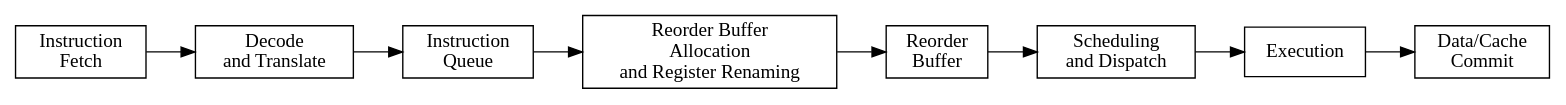
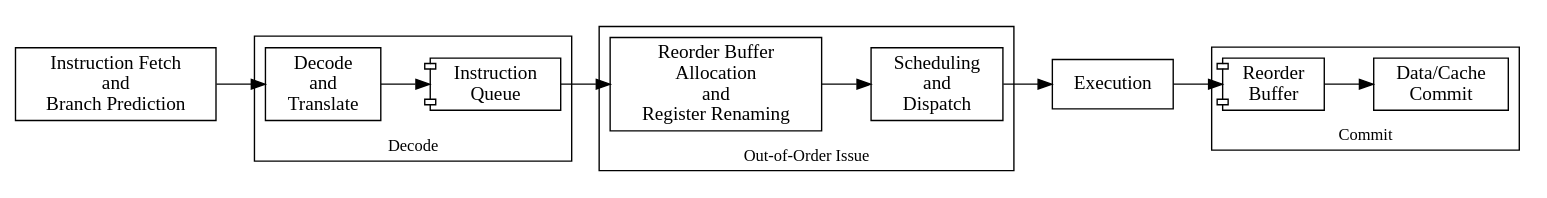
The diagram in docs/March_30/figures/pipeline.gv (mookerji/finalproject_6375), drawn with Graphviz before and after one commit. The commit also changed 5 other files, not shown here.

```diff
--- a/docs/March_30/figures/pipeline.gv
+++ b/docs/March_30/figures/pipeline.gv
@@ -1,14 +1,39 @@
 digraph pipeline {
     node [shape = box];
     rankdir = LR;
     fontsize = 12;
     overlap = false;
     
-    "Instruction\nFetch" -> "Decode\nand Translate";
-    "Decode\nand Translate" -> "Instruction\nQueue";
-    "Instruction\nQueue" -> "Reorder Buffer\nAllocation\nand Register Renaming";
-    "Reorder Buffer\nAllocation\nand Register Renaming" -> "Reorder\nBuffer";
-    "Reorder\nBuffer" -> "Scheduling\n and Dispatch";
-    "Scheduling\n and Dispatch" -> "Execution";
-    "Execution" -> "Data/Cache\nCommit";
+    "Instruction\nQueue" [shape = component];
+    "Reorder\nBuffer" [shape = component];
+    
+    subgraph cluster_0{
+    "Reorder\nBuffer"; 
+    "Data/Cache\nCommit";
+    label = "Commit";
+    labelloc = b;
+    }
+    
+    subgraph cluster_1{
+    "Reorder Buffer\nAllocation\nand\nRegister Renaming";
+    "Scheduling\n and\nDispatch";
+    label = "Out-of-Order Issue";
+    labelloc = b;
+    }
+    
+    subgraph cluster_2{
+    "Decode\nand\nTranslate";
+    "Instruction\nQueue";
+    label = "Decode";
+    labelloc = b;
+    }
+    
+    "Instruction Fetch\n and\nBranch Prediction" -> "Decode\nand\nTranslate";
+    "Decode\nand\nTranslate" -> "Instruction\nQueue";
+    "Instruction\nQueue" -> "Reorder Buffer\nAllocation\nand\nRegister Renaming";
+    "Reorder Buffer\nAllocation\nand\nRegister Renaming" -> "Scheduling\n and\nDispatch";
+    //"Reorder\nBuffer" -> "Scheduling\n and\nDispatch";
+    "Scheduling\n and\nDispatch" -> "Execution";
+    "Execution" -> "Reorder\nBuffer";
+    "Reorder\nBuffer" -> "Data/Cache\nCommit";
 }
```
